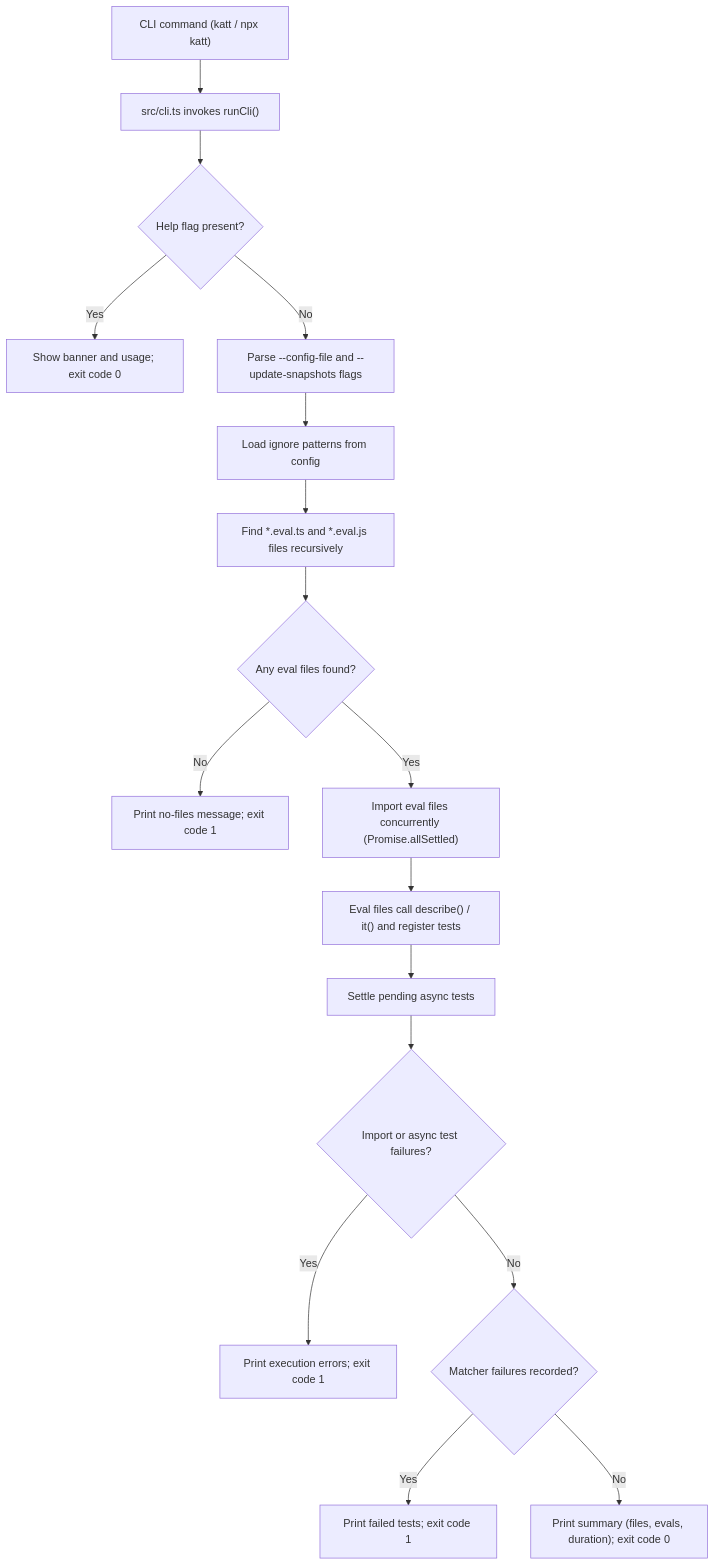
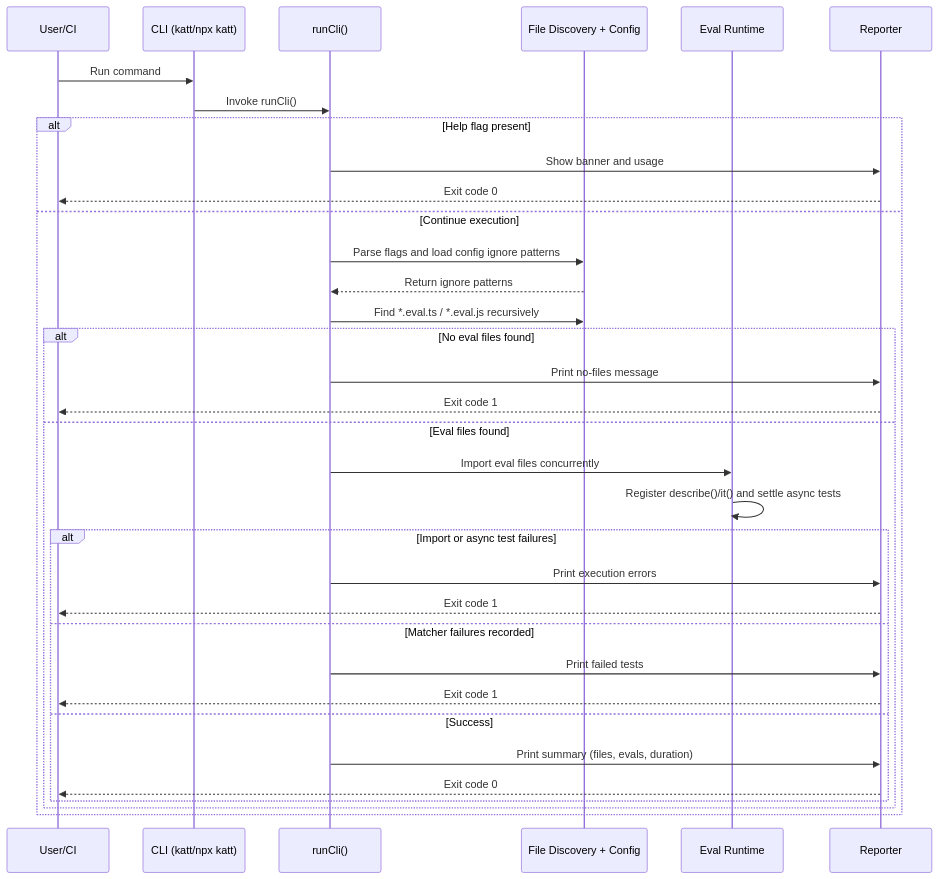
One commit to raphaelpor/katt changed the first of 2 diagrams in README.md. Above: the diagram before and after it, drawn with Mermaid.

Commit message:
Use sequenceDiagram for execution flow
Replace the Mermaid flowchart with a sequenceDiagram in README.md to better illustrate the runtime interactions (CLI -> runCli -> file discovery -> eval runtime -> reporter). The new diagram preserves the same control paths (help, no files, import failures, matcher failures, success) but shows participants and message flow more clearly.

````diff
--- a/README.md
+++ b/README.md
@@ -217,19 +217,37 @@
 ```mermaid
-flowchart TD
-  A["CLI command (katt / npx katt)"] --> B["src/cli.ts invokes runCli()"]
-  B --> C{"Help flag present?"}
-  C -->|Yes| D["Show banner and usage; exit code 0"]
-  C -->|No| E["Parse --config-file and --update-snapshots flags"]
-  E --> F["Load ignore patterns from config"]
-  F --> G["Find *.eval.ts and *.eval.js files recursively"]
-  G --> H{"Any eval files found?"}
-  H -->|No| I["Print no-files message; exit code 1"]
-  H -->|Yes| J["Import eval files concurrently (Promise.allSettled)"]
-  J --> K["Eval files call describe() / it() and register tests"]
-  K --> L["Settle pending async tests"]
-  L --> M{"Import or async test failures?"}
-  M -->|Yes| N["Print execution errors; exit code 1"]
-  M -->|No| O{"Matcher failures recorded?"}
-  O -->|Yes| P["Print failed tests; exit code 1"]
-  O -->|No| Q["Print summary (files, evals, duration); exit code 0"]
+sequenceDiagram
+  participant User as User/CI
+  participant CLI as CLI (katt/npx katt)
+  participant Runner as runCli()
+  participant FS as File Discovery + Config
+  participant Eval as Eval Runtime
+  participant Reporter as Reporter
+
+  User->>CLI: Run command
+  CLI->>Runner: Invoke runCli()
+  alt Help flag present
+    Runner->>Reporter: Show banner and usage
+    Reporter-->>User: Exit code 0
+  else Continue execution
+    Runner->>FS: Parse flags and load config ignore patterns
+    FS-->>Runner: Return ignore patterns
+    Runner->>FS: Find *.eval.ts / *.eval.js recursively
+    alt No eval files found
+      Runner->>Reporter: Print no-files message
+      Reporter-->>User: Exit code 1
+    else Eval files found
+      Runner->>Eval: Import eval files concurrently
+      Eval->>Eval: Register describe()/it() and settle async tests
+      alt Import or async test failures
+        Runner->>Reporter: Print execution errors
+        Reporter-->>User: Exit code 1
+      else Matcher failures recorded
+        Runner->>Reporter: Print failed tests
+        Reporter-->>User: Exit code 1
+      else Success
+        Runner->>Reporter: Print summary (files, evals, duration)
+        Reporter-->>User: Exit code 0
+      end
+    end
+  end
 ```
````
